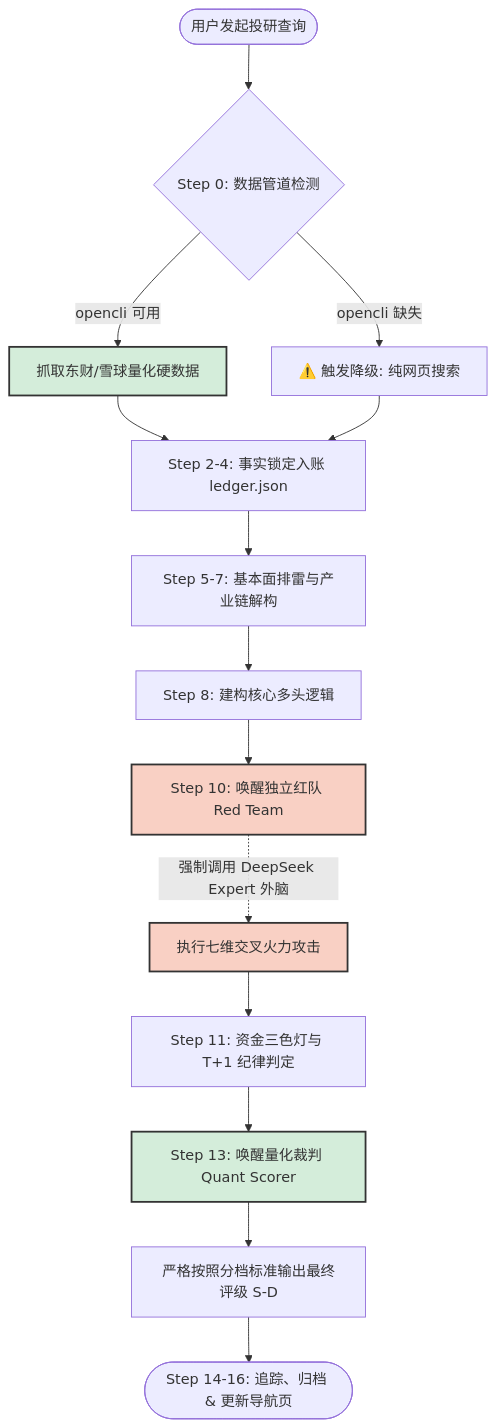
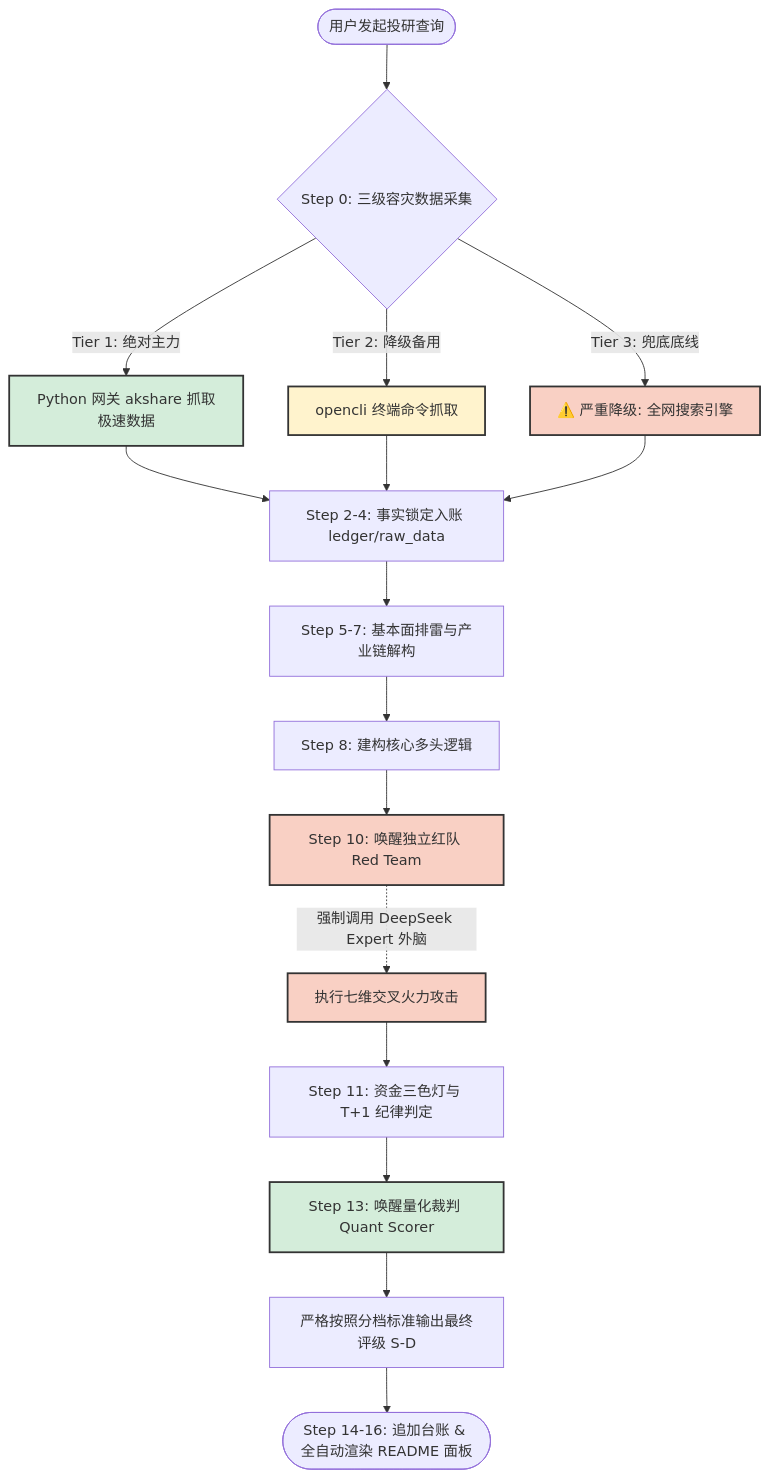
Before and after one commit to nihong/company-researcher: the diagram in README.md, drawn with Mermaid. The commit also changed other lines of this file, not shown here.

````diff
--- a/README.md
+++ b/README.md
@@ -25,21 +25,25 @@
 ```mermaid
 graph TD
-    A([用户发起投研查询]) --> B{Step 0: 数据管道检测}
-    B -- opencli 可用 --> C[抓取东财/雪球量化硬数据]
-    B -- opencli 缺失 --> D[⚠️ 触发降级: 纯网页搜索]
-    C --> E[Step 2-4: 事实锁定入账 ledger.json]
-    D --> E
-    E --> F[Step 5-7: 基本面排雷与产业链解构]
-    F --> G[Step 8: 建构核心多头逻辑]
-    G --> H[Step 10: 唤醒独立红队 Red Team]
-    H -.->|强制调用 DeepSeek Expert 外脑| I[执行七维交叉火力攻击]
-    I --> J[Step 11: 资金三色灯与 T+1 纪律判定]
-    J --> K[Step 13: 唤醒量化裁判 Quant Scorer]
-    K --> L[严格按照分档标准输出最终评级 S-D]
-    L --> M([Step 14-16: 追踪、归档 & 更新导航页])
+    A([用户发起投研查询]) --> B{Step 0: 三级容灾数据采集}
+    B -- Tier 1: 绝对主力 --> C[Python 网关 akshare 抓取极速数据]
+    B -- Tier 2: 降级备用 --> D[opencli 终端命令抓取]
+    B -- Tier 3: 兜底底线 --> E[⚠️ 严重降级: 全网搜索引擎]
+    C --> F[Step 2-4: 事实锁定入账 ledger/raw_data]
+    D --> F
+    E --> F
+    F --> G[Step 5-7: 基本面排雷与产业链解构]
+    G --> H[Step 8: 建构核心多头逻辑]
+    H --> I[Step 10: 唤醒独立红队 Red Team]
+    I -.->|强制调用 DeepSeek Expert 外脑| J[执行七维交叉火力攻击]
+    J --> K[Step 11: 资金三色灯与 T+1 纪律判定]
+    K --> L[Step 13: 唤醒量化裁判 Quant Scorer]
+    L --> M[严格按照分档标准输出最终评级 S-D]
+    M --> N([Step 14-16: 追加台账 & 全自动渲染 README 面板])
 
     classDef red fill:#f9d0c4,stroke:#333,stroke-width:2px;
-    class H,I red;
+    class I,J,E red;
     classDef green fill:#d4edda,stroke:#333,stroke-width:2px;
-    class C,K green;
+    class C,L green;
+    classDef yellow fill:#fff3cd,stroke:#333,stroke-width:2px;
+    class D yellow;
 ```
````
